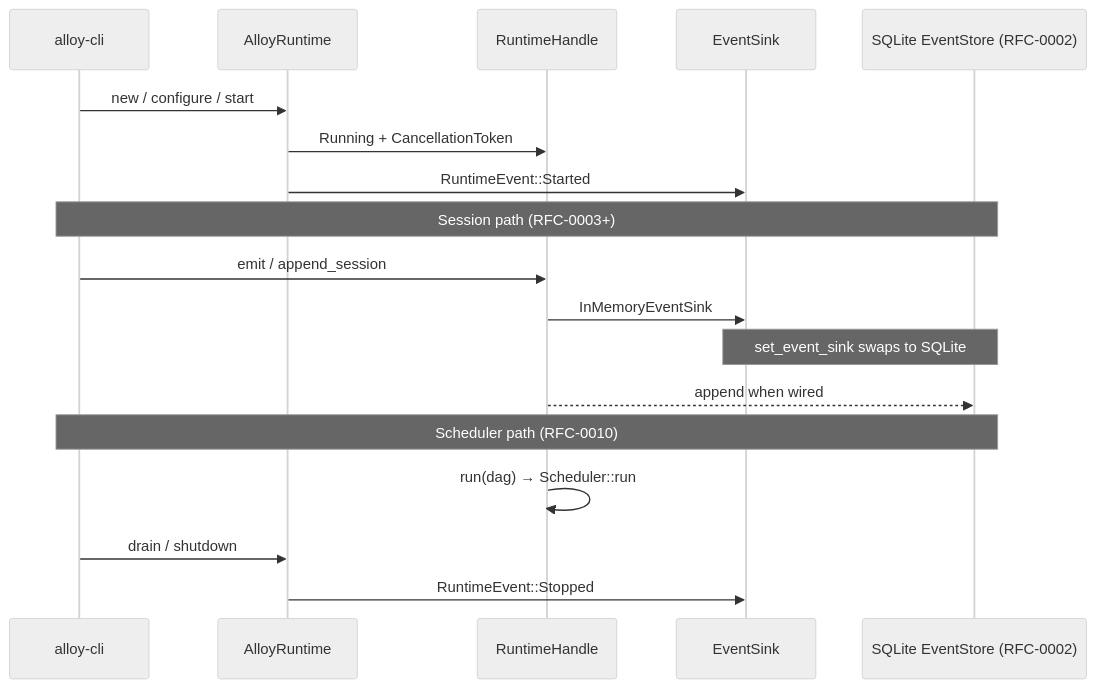
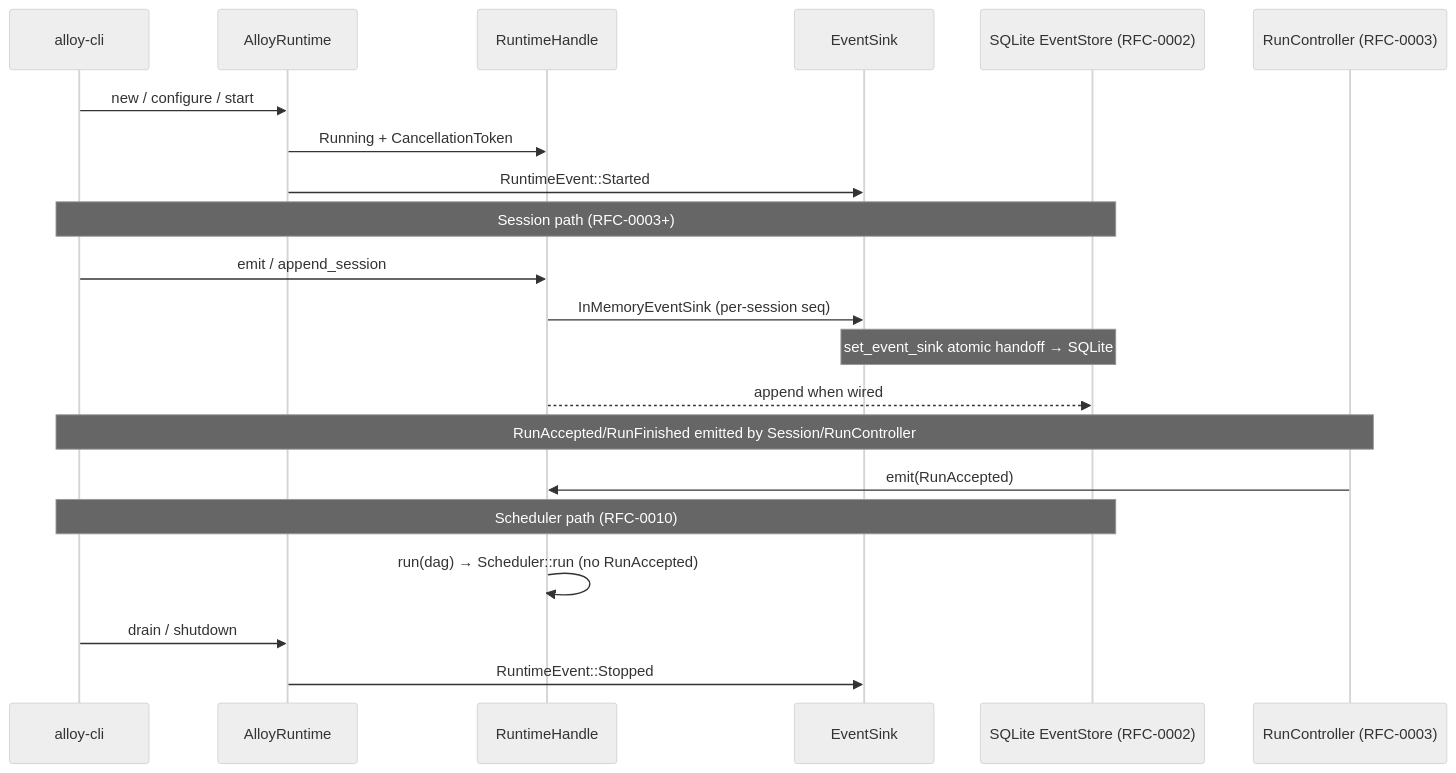
Before and after one commit to arkadianet/Alloy: the second of 4 diagrams in docs/rfcs/RFC-0001-alloy-runtime.md, drawn with Mermaid (neutral theme). The commit also changed other lines of this file, not shown here.

First line of the commit message:
Address CodeRabbit findings still valid on RFC-0001.

````diff
--- a/docs/rfcs/RFC-0001-alloy-runtime.md
+++ b/docs/rfcs/RFC-0001-alloy-runtime.md
@@ -935,21 +980,24 @@
 ```mermaid
 sequenceDiagram
   participant CLI as alloy-cli
   participant RT as AlloyRuntime
   participant H as RuntimeHandle
   participant SINK as EventSink
   participant ES as SQLite EventStore (RFC-0002)
+  participant RC as RunController (RFC-0003)
 
   CLI->>RT: new / configure / start
   RT->>H: Running + CancellationToken
   RT->>SINK: RuntimeEvent::Started
   Note over CLI,ES: Session path (RFC-0003+)
   CLI->>H: emit / append_session
-  H->>SINK: InMemoryEventSink
-  Note over SINK,ES: set_event_sink swaps to SQLite
+  H->>SINK: InMemoryEventSink (per-session seq)
+  Note over SINK,ES: set_event_sink atomic handoff → SQLite
   H-->>ES: append when wired
+  Note over CLI,RC: RunAccepted/RunFinished emitted by Session/RunController
+  RC->>H: emit(RunAccepted)
   Note over CLI,ES: Scheduler path (RFC-0010)
-  H->>H: run(dag) → Scheduler::run
+  H->>H: run(dag) → Scheduler::run (no RunAccepted)
   CLI->>RT: drain / shutdown
   RT->>SINK: RuntimeEvent::Stopped
 ```
````
